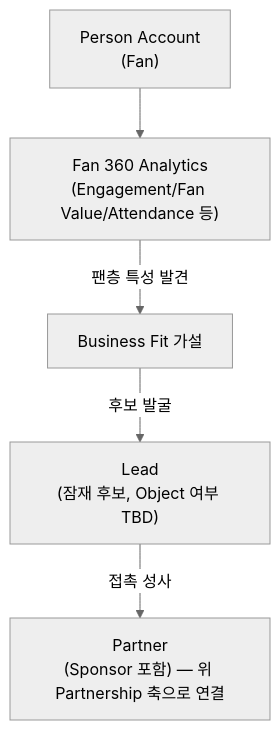
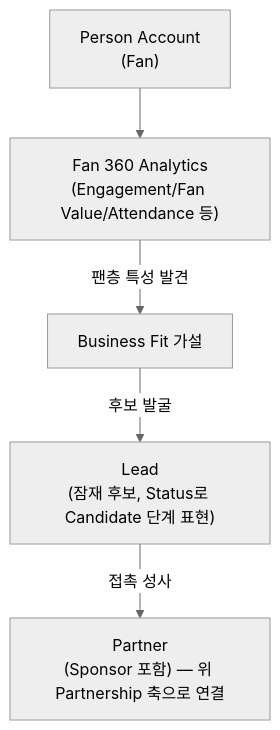
One commit to CellsOrg/CloudAlpacas changed diagram 13 of 13 in docs/01_PROJECT.md. Above: the diagram before and after it, drawn with Mermaid (neutral theme). The commit also changed other lines of this file and 20 other files, not shown here.

````diff
--- a/docs/01_PROJECT.md
+++ b/docs/01_PROJECT.md
@@ -438,7 +438,7 @@
 ```mermaid
 graph TD
     F["Person Account<br/>(Fan)"] --> FI["Fan 360 Analytics<br/>(Engagement/Fan Value/Attendance 등)"]
     FI -->|팬층 특성 발견| FH[Business Fit 가설]
-    FH -->|후보 발굴| L["Lead<br/>(잠재 후보, Object 여부 TBD)"]
+    FH -->|후보 발굴| L["Lead<br/>(잠재 후보, Status로 Candidate 단계 표현)"]
     L -->|접촉 성사| P["Partner<br/>(Sponsor 포함) — 위 Partnership 축으로 연결"]
 ```
````
